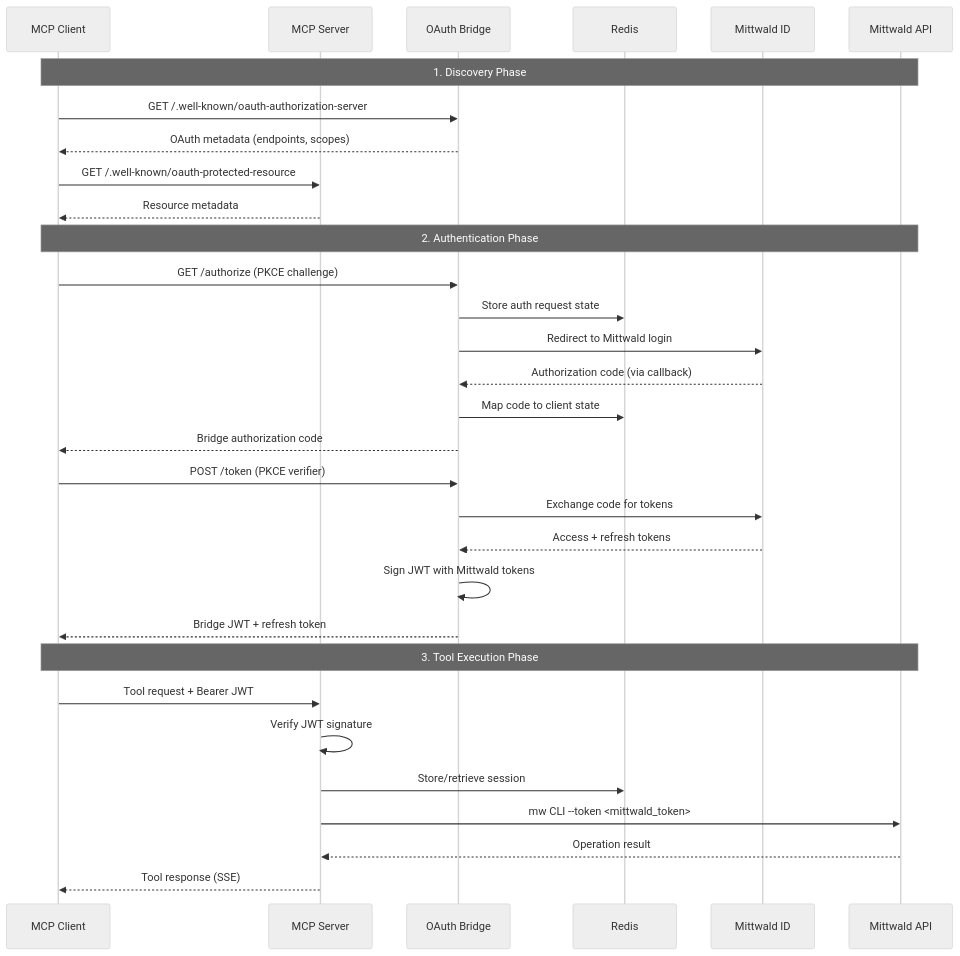
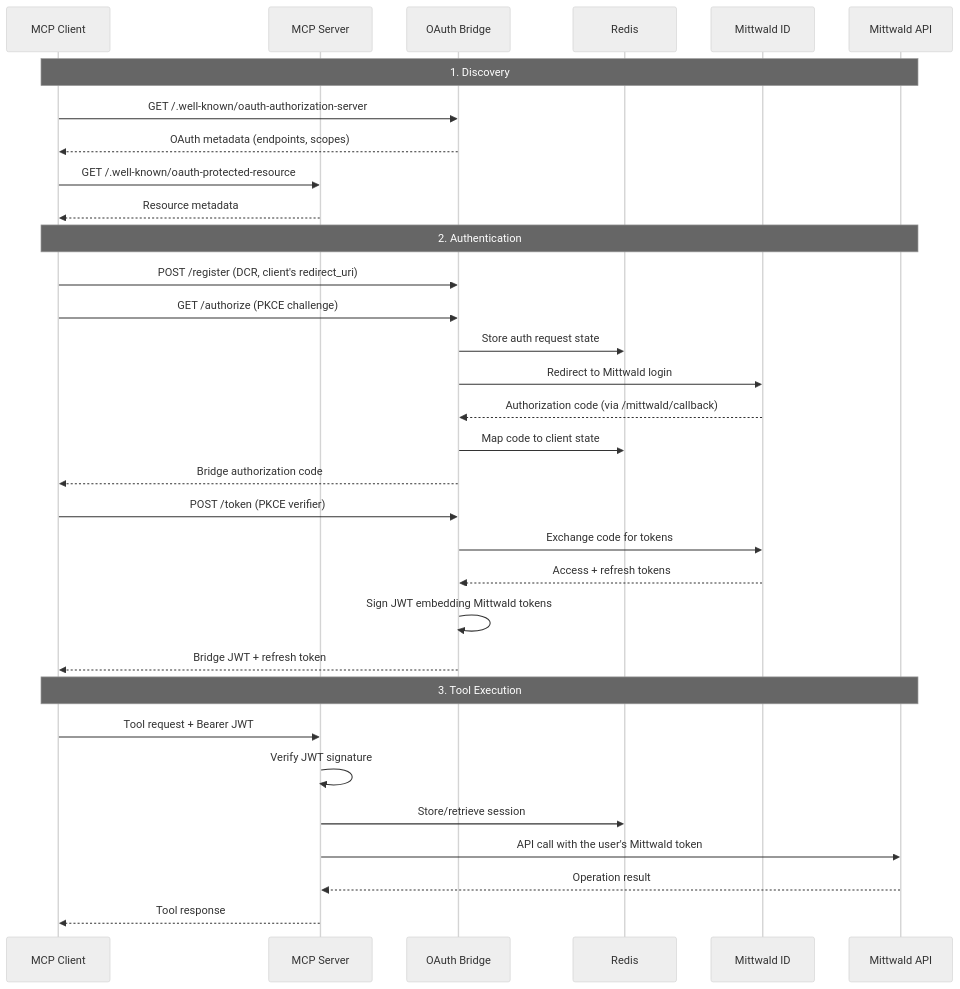
Before and after one commit to mittwald/mcp-server: the second of 2 diagrams in docs/MAINTAINERS-HANDBOOK.md, drawn with Mermaid (neutral theme). The commit also changed other lines of this file and 802 other files, not shown here.

````diff
--- a/docs/MAINTAINERS-HANDBOOK.md
+++ b/docs/MAINTAINERS-HANDBOOK.md
@@ -119,36 +55,37 @@
 ```mermaid
 sequenceDiagram
     participant Client as MCP Client
     participant MCP as MCP Server
     participant OAuth as OAuth Bridge
     participant Redis as Redis
     participant ID as Mittwald ID
     participant API as Mittwald API
 
-    Note over Client,API: 1. Discovery Phase
+    Note over Client,API: 1. Discovery
     Client->>OAuth: GET /.well-known/oauth-authorization-server
     OAuth-->>Client: OAuth metadata (endpoints, scopes)
     Client->>MCP: GET /.well-known/oauth-protected-resource
     MCP-->>Client: Resource metadata
 
-    Note over Client,API: 2. Authentication Phase
+    Note over Client,API: 2. Authentication
+    Client->>OAuth: POST /register (DCR, client's redirect_uri)
     Client->>OAuth: GET /authorize (PKCE challenge)
     OAuth->>Redis: Store auth request state
     OAuth->>ID: Redirect to Mittwald login
-    ID-->>OAuth: Authorization code (via callback)
+    ID-->>OAuth: Authorization code (via /mittwald/callback)
     OAuth->>Redis: Map code to client state
     OAuth-->>Client: Bridge authorization code
     Client->>OAuth: POST /token (PKCE verifier)
     OAuth->>ID: Exchange code for tokens
     ID-->>OAuth: Access + refresh tokens
-    OAuth->>OAuth: Sign JWT with Mittwald tokens
+    OAuth->>OAuth: Sign JWT embedding Mittwald tokens
     OAuth-->>Client: Bridge JWT + refresh token
 
-    Note over Client,API: 3. Tool Execution Phase
+    Note over Client,API: 3. Tool Execution
     Client->>MCP: Tool request + Bearer JWT
     MCP->>MCP: Verify JWT signature
     MCP->>Redis: Store/retrieve session
-    MCP->>API: mw CLI --token <mittwald_token>
+    MCP->>API: API call with the user's Mittwald token
     API-->>MCP: Operation result
-    MCP-->>Client: Tool response (SSE)
+    MCP-->>Client: Tool response
 ```
````
